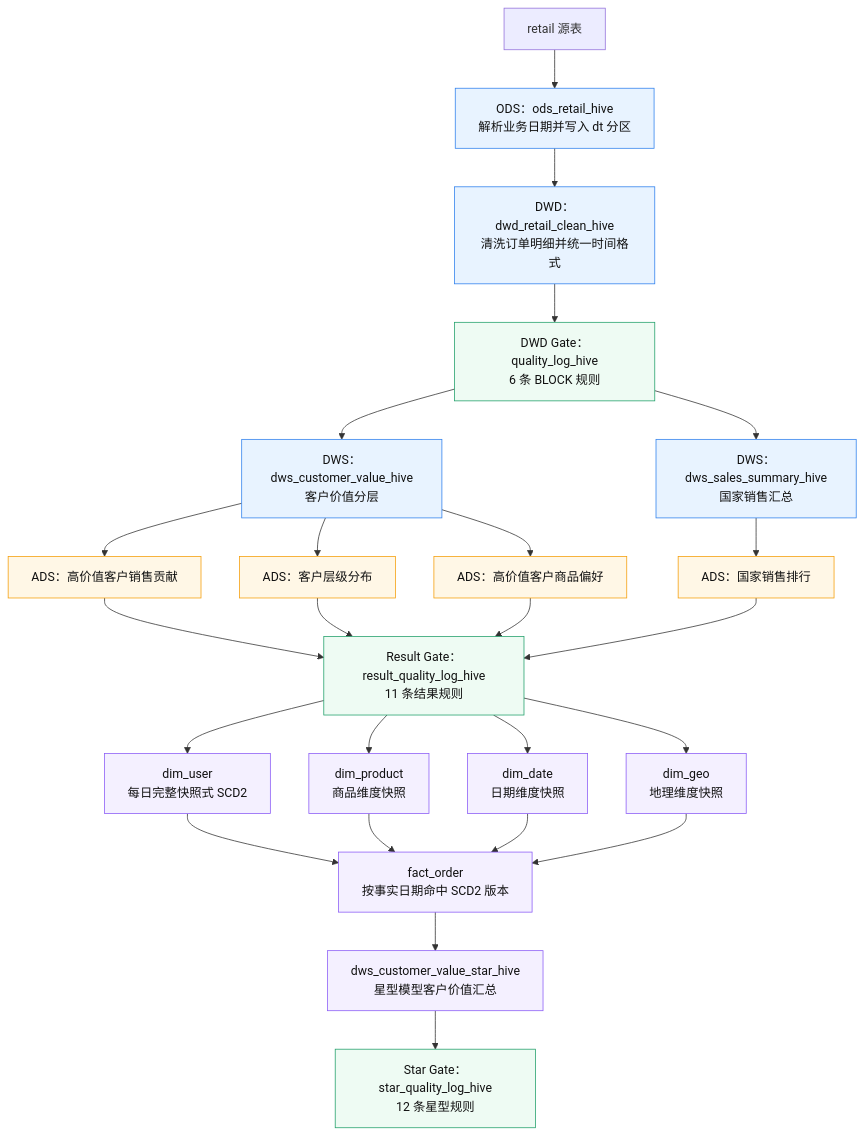
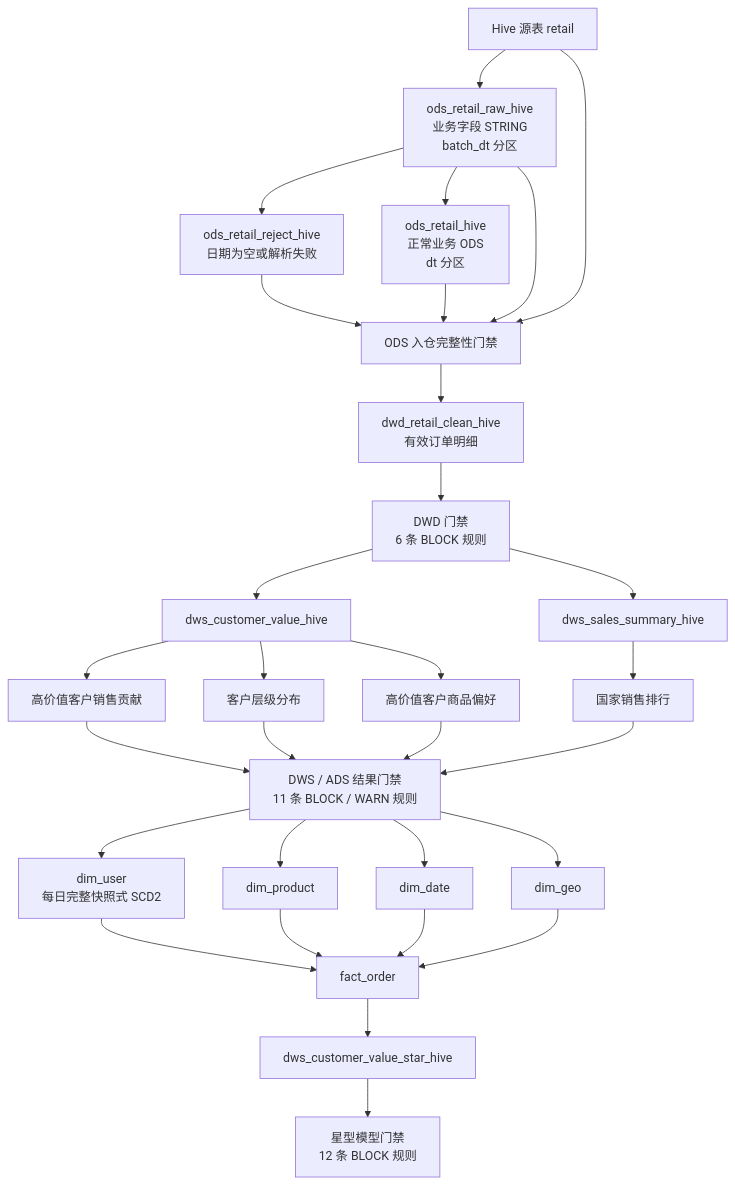
One commit to 2026heita/retail_project changed the second of 2 diagrams in README.md. Above: the diagram before and after it, drawn with Mermaid. The commit also changed other lines of this file and 27 other files, not shown here.

Commit message:
feat: 完善 Hive ODS 入仓、质量门禁与项目文档

````diff
--- a/README.md
+++ b/README.md
@@ -47,39 +64,41 @@
 ```mermaid
 flowchart TB
-    S["retail 源表"] --> ODS["ODS：ods_retail_hive<br/>解析业务日期并写入 dt 分区"]
-    ODS --> DWD["DWD：dwd_retail_clean_hive<br/>清洗订单明细并统一时间格式"]
+    SRC["Hive 源表 retail"] --> RAW["ods_retail_raw_hive<br/>业务字段 STRING<br/>batch_dt 分区"]
 
-    DWD --> Q1["DWD Gate：quality_log_hive<br/>6 条 BLOCK 规则"]
-    Q1 --> DWS1["DWS：dws_customer_value_hive<br/>客户价值分层"]
-    Q1 --> DWS2["DWS：dws_sales_summary_hive<br/>国家销售汇总"]
+    RAW --> REJECT["ods_retail_reject_hive<br/>日期为空或解析失败"]
+    RAW --> ODS["ods_retail_hive<br/>正常业务 ODS<br/>dt 分区"]
 
-    DWS1 --> ADS1["ADS：高价值客户销售贡献"]
-    DWS1 --> ADS2["ADS：客户层级分布"]
-    DWS1 --> ADS4["ADS：高价值客户商品偏好"]
-    DWS2 --> ADS3["ADS：国家销售排行"]
+    SRC --> G0["ODS 入仓完整性门禁"]
+    RAW --> G0
+    REJECT --> G0
+    ODS --> G0
 
-    ADS1 --> Q2["Result Gate：result_quality_log_hive<br/>11 条结果规则"]
-    ADS2 --> Q2
-    ADS3 --> Q2
-    ADS4 --> Q2
+    G0 --> DWD["dwd_retail_clean_hive<br/>有效订单明细"]
+    DWD --> G1["DWD 门禁<br/>6 条 BLOCK 规则"]
 
-    Q2 --> U["dim_user<br/>每日完整快照式 SCD2"]
-    Q2 --> P["dim_product<br/>商品维度快照"]
-    Q2 --> T["dim_date<br/>日期维度快照"]
-    Q2 --> G["dim_geo<br/>地理维度快照"]
-    U --> FO["fact_order<br/>按事实日期命中 SCD2 版本"]
-    P --> FO
-    T --> FO
-    G --> FO
-    FO --> STAR["dws_customer_value_star_hive<br/>星型模型客户价值汇总"]
-    STAR --> Q3["Star Gate：star_quality_log_hive<br/>12 条星型规则"]
+    G1 --> DWS1["dws_customer_value_hive"]
+    G1 --> DWS2["dws_sales_summary_hive"]
 
-    classDef layer fill:#e8f3ff,stroke:#2f80ed,stroke-width:1px,color:#111;
-    classDef ads fill:#fff7e6,stroke:#f59e0b,stroke-width:1px,color:#111;
-    classDef star fill:#f4f0ff,stroke:#8b5cf6,stroke-width:1px,color:#111;
-    classDef check fill:#eefbf3,stroke:#22a06b,stroke-width:1px,color:#111;
-    class ODS,DWD,DWS1,DWS2 layer;
-    class ADS1,ADS2,ADS3,ADS4 ads;
-    class U,P,T,G,FO,STAR star;
-    class Q1,Q2,Q3 check;
+    DWS1 --> ADS1["高价值客户销售贡献"]
+    DWS1 --> ADS2["客户层级分布"]
+    DWS1 --> ADS4["高价值客户商品偏好"]
+    DWS2 --> ADS3["国家销售排行"]
+
+    ADS1 --> G2["DWS / ADS 结果门禁<br/>11 条 BLOCK / WARN 规则"]
+    ADS2 --> G2
+    ADS3 --> G2
+    ADS4 --> G2
+
+    G2 --> U["dim_user<br/>每日完整快照式 SCD2"]
+    G2 --> P["dim_product"]
+    G2 --> T["dim_date"]
+    G2 --> GEO["dim_geo"]
+
+    U --> F["fact_order"]
+    P --> F
+    T --> F
+    GEO --> F
+
+    F --> SDWS["dws_customer_value_star_hive"]
+    SDWS --> G3["星型模型门禁<br/>12 条 BLOCK 规则"]
 ```
````
